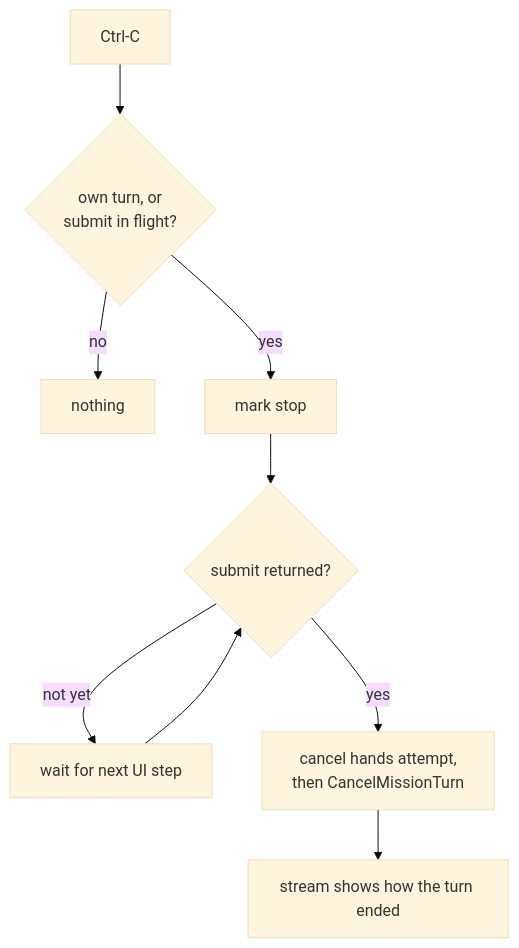
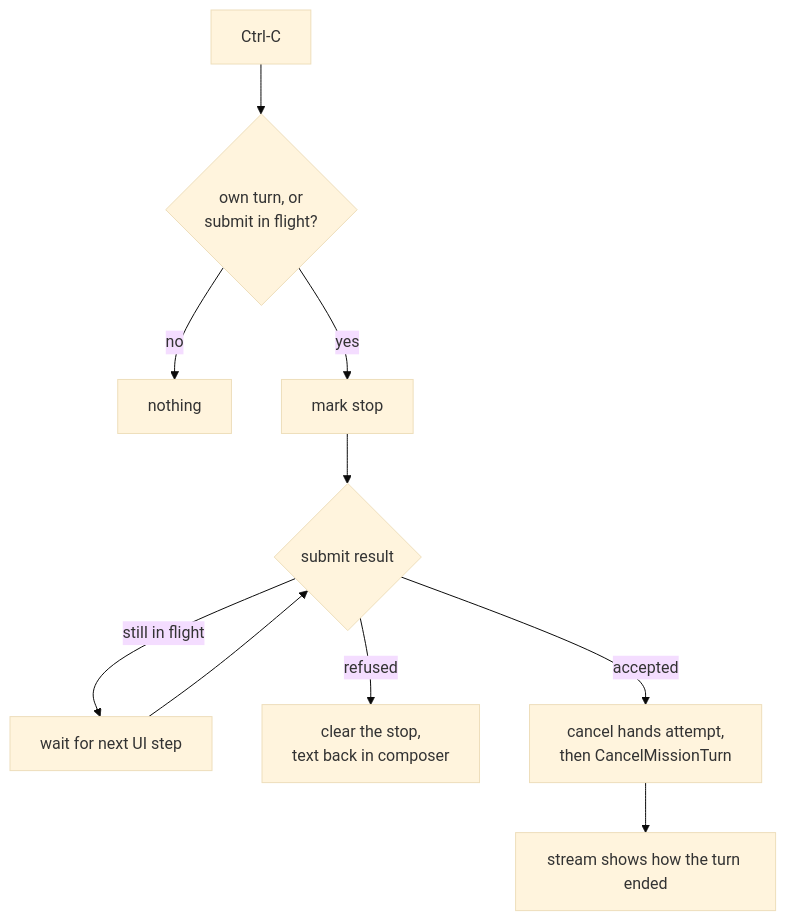
Diagram 13 of 23 in docs/design/how-conversations-work.md (katasec/mission-control-language), drawn with Mermaid (base theme) before and after one commit. The commit also changed other lines of this file and 2 other files, not shown here.

Commit message:
docs: How conversations work — review fixes (53.9 PASS, hands handoff, dispatch order, dead-letter)

````diff
--- a/docs/design/how-conversations-work.md
+++ b/docs/design/how-conversations-work.md
@@ -349,10 +377,11 @@
 ```mermaid
 flowchart TB
   K["Ctrl-C"] --> O{"own turn, or<br/>submit in flight?"}
-  O -->|no| N["nothing"]
-  O -->|yes| F["mark stop"]
-  F --> W{"submit returned?"}
-  W -->|"not yet"| W2["wait for next UI step"] --> W
-  W -->|yes| C["cancel hands attempt,<br/>then CancelMissionTurn"]
+  O -->|"no"| N["nothing"]
+  O -->|"yes"| F["mark stop"]
+  F --> W{"submit result"}
+  W -->|"still in flight"| W2["wait for next UI step"] --> W
+  W -->|"refused"| R["clear the stop,<br/>text back in composer"]
+  W -->|"accepted"| C["cancel hands attempt,<br/>then CancelMissionTurn"]
   C --> S["stream shows how the turn ended"]
 ```
````
